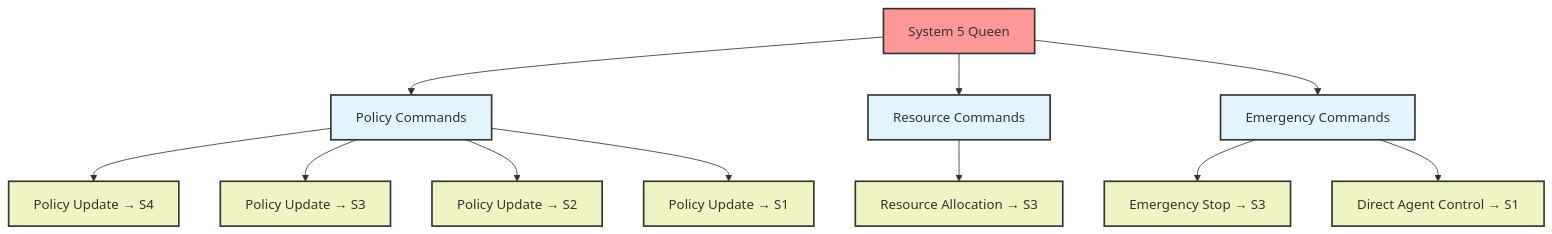
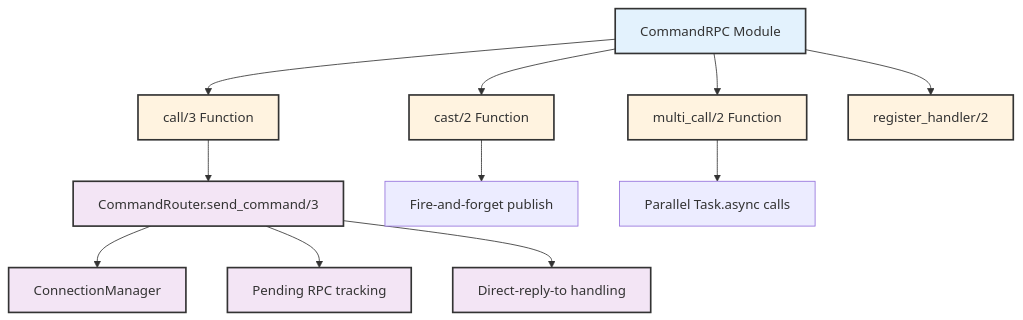
The third of 4 diagrams in docs/diagrams/05_rpc_command_flow.md (jmanhype/vsm-phoenix-app), drawn with Mermaid before and after one commit. The commit also changed other lines of this file and 1 other file, not shown here.

First line of the commit message:
Update RPC command flow diagram to reflect actual implementation

````diff
--- a/docs/diagrams/05_rpc_command_flow.md
+++ b/docs/diagrams/05_rpc_command_flow.md
@@ -57,24 +100,23 @@
 ```mermaid
-flowchart TD
-    S5[System 5 Queen] --> PolicyCmd[Policy Commands]
-    S5 --> ResourceCmd[Resource Commands]
-    S5 --> EmergencyCmd[Emergency Commands]
+graph TB
+    CommandRPC[CommandRPC Module] --> CallFunc[call/3 Function]
+    CommandRPC --> CastFunc[cast/2 Function]
+    CommandRPC --> MultiCall[multi_call/2 Function]
+    CommandRPC --> RegisterH[register_handler/2]
     
-    PolicyCmd --> S4Policy[Policy Update → S4]
-    PolicyCmd --> S3Policy[Policy Update → S3]
-    PolicyCmd --> S2Policy[Policy Update → S2]
-    PolicyCmd --> S1Policy[Policy Update → S1]
+    CallFunc --> Router[CommandRouter.send_command/3]
+    CastFunc --> FireForget[Fire-and-forget publish]
+    MultiCall --> ParallelTasks[Parallel Task.async calls]
     
-    ResourceCmd --> S3Resource[Resource Allocation → S3]
+    Router --> ConnMgr[ConnectionManager]
+    Router --> PendingRPC[Pending RPC tracking]
+    Router --> DirectReply[Direct-reply-to handling]
     
-    EmergencyCmd --> S3Emergency[Emergency Stop → S3]
-    EmergencyCmd --> S1Emergency[Direct Agent Control → S1]
+    classDef module fill:#e3f2fd,stroke:#333,stroke-width:2px
+    classDef function fill:#fff3e0,stroke:#333,stroke-width:2px
+    classDef internal fill:#f3e5f5,stroke:#333,stroke-width:2px
     
-    classDef s5 fill:#ff9999,stroke:#333,stroke-width:2px
-    classDef command fill:#e1f5fe,stroke:#333,stroke-width:2px
-    classDef target fill:#f0f4c3,stroke:#333,stroke-width:2px
-    
-    class S5 s5
-    class PolicyCmd,ResourceCmd,EmergencyCmd command
-    class S4Policy,S3Policy,S2Policy,S1Policy,S3Resource,S3Emergency,S1Emergency target
+    class CommandRPC module
+    class CallFunc,CastFunc,MultiCall,RegisterH function
+    class Router,ConnMgr,PendingRPC,DirectReply internal
 ```
````
